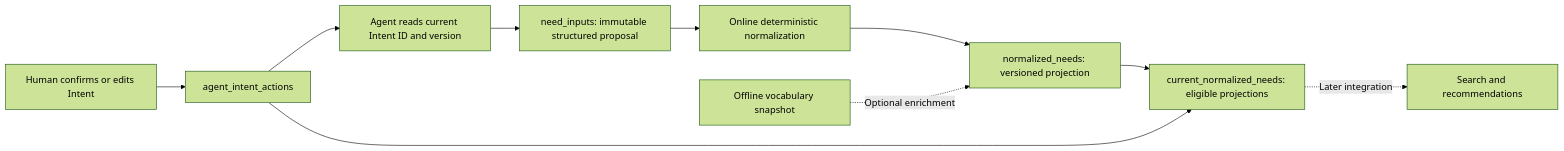
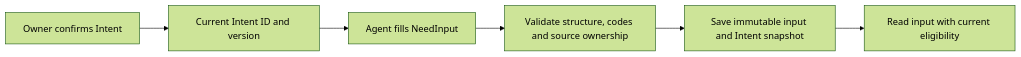
One commit to bhardwajRahul/eigenflux changed the diagram in docs/design/need-capture/design.md. Above: the diagram before and after it, drawn with Mermaid (forest theme). The commit also changed other lines of this file and 29 other files, not shown here.

First line of the commit message:
refactor(need): use Agent-authored inputs without normalization (#351)

````diff
--- a/docs/design/need-capture/design.md
+++ b/docs/design/need-capture/design.md
@@ -5,12 +5,8 @@
 ```mermaid
 flowchart LR
-    H[Human confirms or edits Intent] --> I[agent_intent_actions]
-    I --> A[Agent reads current Intent ID and version]
-    A --> N[need_inputs: immutable structured proposal]
-    N --> B[Online deterministic normalization]
-    B --> P[normalized_needs: versioned projection]
-    O[Offline vocabulary snapshot] -. Optional enrichment .-> P
-    P --> V[current_normalized_needs: eligible projections]
-    I --> V
-    V -. Later integration .-> R[Search and recommendations]
+    H[Owner confirms Intent] --> I[Current Intent ID and version]
+    I --> A[Agent fills NeedInput]
+    A --> V[Validate structure, codes and source ownership]
+    V --> S[Save immutable input and Intent snapshot]
+    S --> R[Read input with current eligibility]
 ```
````
